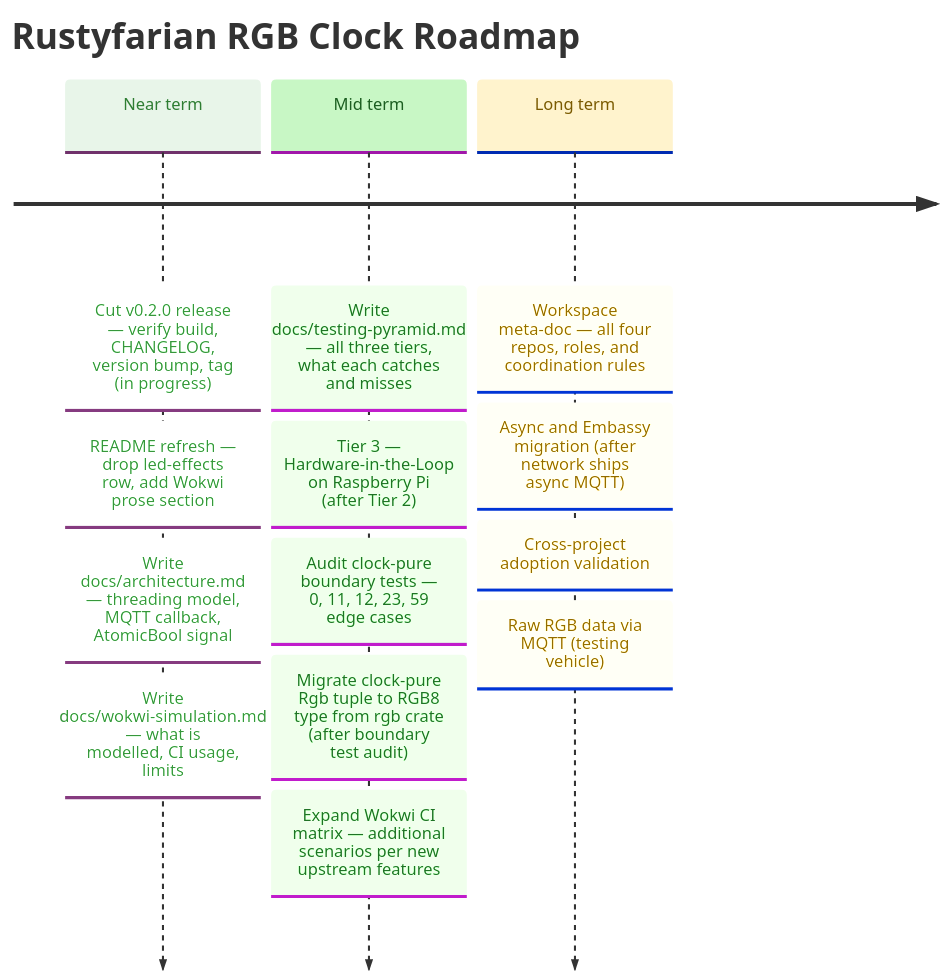
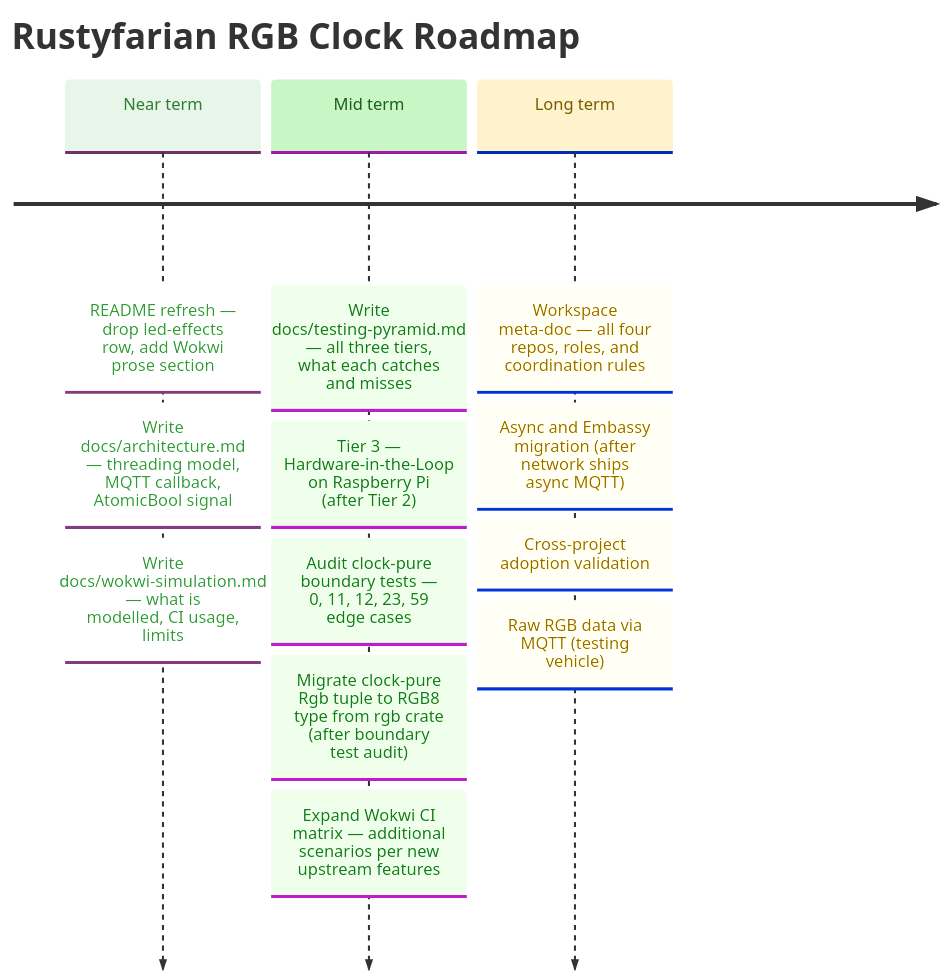
One commit to datenkollektiv/rustyfarian-rgb-clock changed the diagram in docs/ROADMAP.md. Above: the diagram before and after it, drawn with Mermaid. The commit also changed other lines of this file and 4 other files, not shown here.

````diff
--- a/docs/ROADMAP.md
+++ b/docs/ROADMAP.md
@@ -9,34 +10,33 @@
 ```mermaid
 %%{init: {
   "theme": "base",
   "themeVariables": {
     "cScale0": "#e8f5e9",
     "cScaleLabel0": "#2e7d32",
     "cScale1": "#c8f7c5",
     "cScaleLabel1": "#1b5e20",
     "cScale2": "#fff3cd",
     "cScaleLabel2": "#7a5a00",
     "cScale3": "#e3f2fd",
     "cScaleLabel3": "#0d47a1"
   }
 }}%%
 
 timeline
     title Rustyfarian RGB Clock Roadmap
 
-    Near term : Cut v0.2.0 release — verify build, CHANGELOG, version bump, tag (in progress)
-              : README refresh — drop led-effects row, add Wokwi prose section
+    Near term : README refresh — drop led-effects row, add Wokwi prose section
               : Write docs/architecture.md — threading model, MQTT callback, AtomicBool signal
               : Write docs/wokwi-simulation.md — what is modelled, CI usage, limits
 
     Mid term  : Write docs/testing-pyramid.md — all three tiers, what each catches and misses
               : Tier 3 — Hardware-in-the-Loop on Raspberry Pi (after Tier 2)
               : Audit clock-pure boundary tests — 0, 11, 12, 23, 59 edge cases
               : Migrate clock-pure Rgb tuple to RGB8 type from rgb crate (after boundary test audit)
               : Expand Wokwi CI matrix — additional scenarios per new upstream features
 
     Long term : Workspace meta-doc — all four repos, roles, and coordination rules
               : Async and Embassy migration (after network ships async MQTT)
               : Cross-project adoption validation
               : Raw RGB data via MQTT (testing vehicle)
 ```
````
